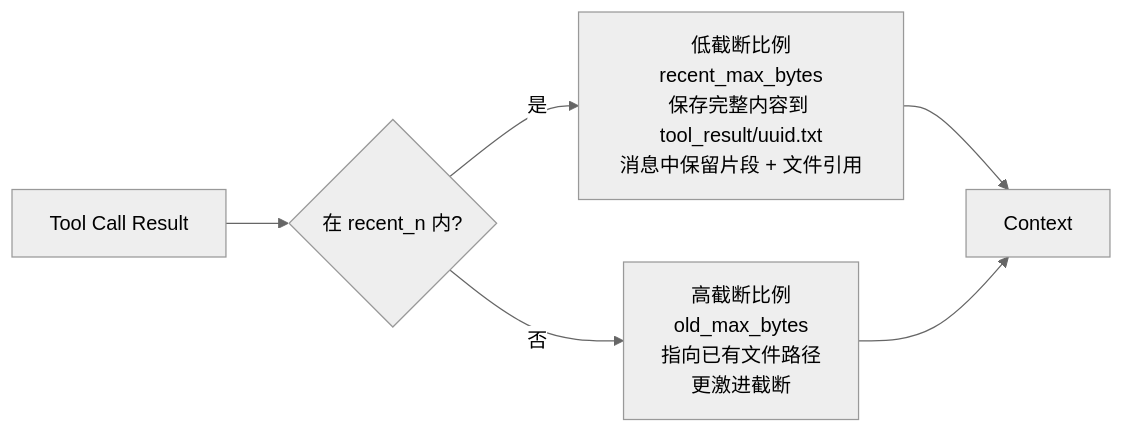
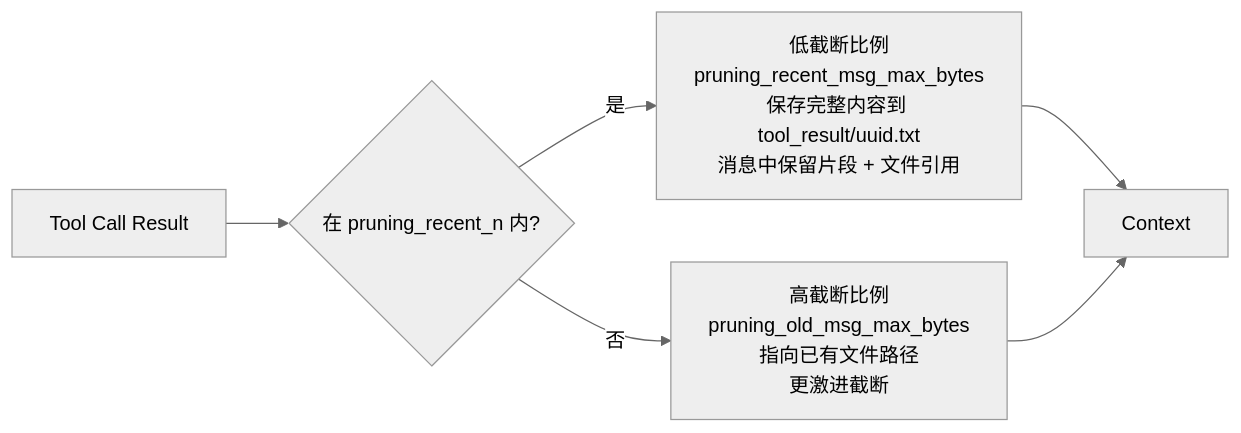
Before and after one commit to agentscope-ai/QwenPaw: the sixth of 9 diagrams in website/public/docs/context.zh.md, drawn with Mermaid (neutral theme). The commit also changed other lines of this file and 18 other files, not shown here.

````diff
--- a/website/public/docs/context.zh.md
+++ b/website/public/docs/context.zh.md
@@ -153,8 +153,8 @@
 ```mermaid
 flowchart LR
-    A[Tool Call Result] --> B{在 recent_n 内?}
-    B -->|是| C[低截断比例<br>recent_max_bytes<br>保存完整内容到 tool_result/uuid.txt<br>消息中保留片段 + 文件引用]
-    B -->|否| D[高截断比例<br>old_max_bytes<br>指向已有文件路径<br>更激进截断]
+    A[Tool Call Result] --> B{在 pruning_recent_n 内?}
+    B -->|是| C[低截断比例<br>pruning_recent_msg_max_bytes<br>保存完整内容到 tool_result/uuid.txt<br>消息中保留片段 + 文件引用]
+    B -->|否| D[高截断比例<br>pruning_old_msg_max_bytes<br>指向已有文件路径<br>更激进截断]
     C --> E[Context]
     D --> E
 ```
````
